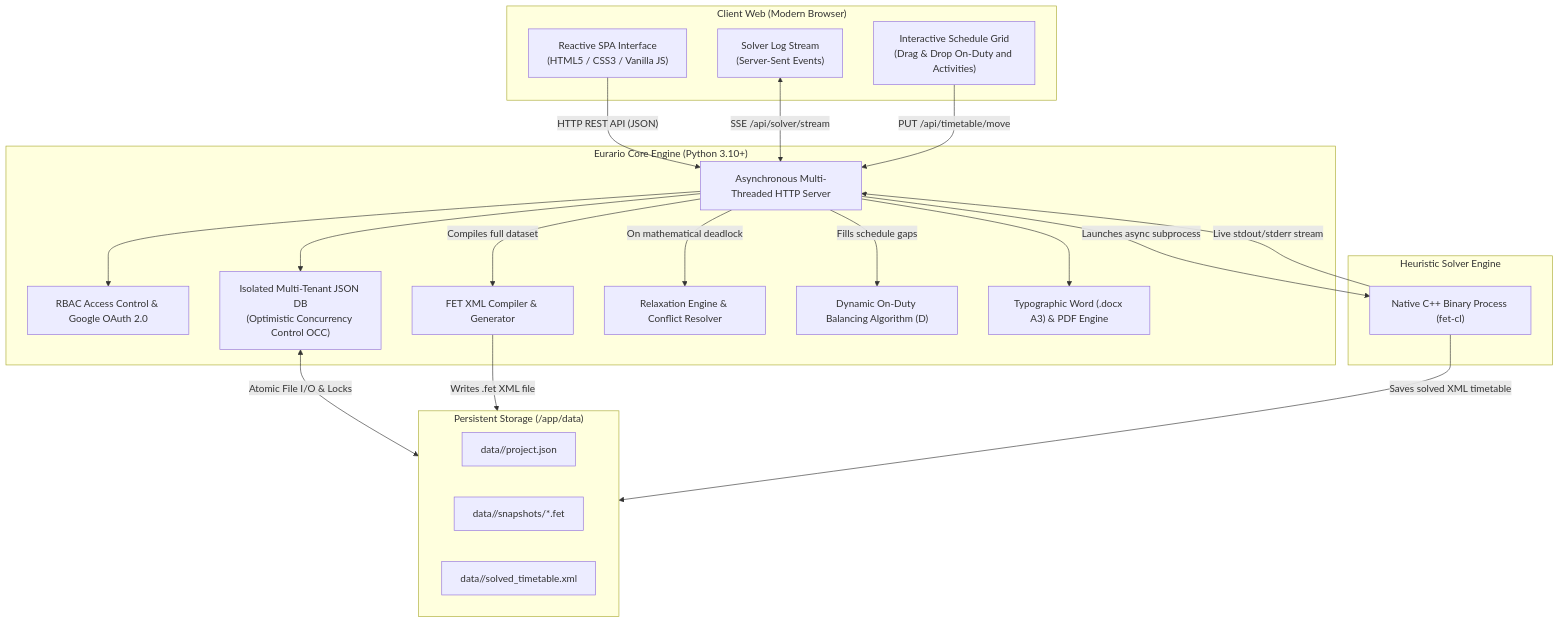
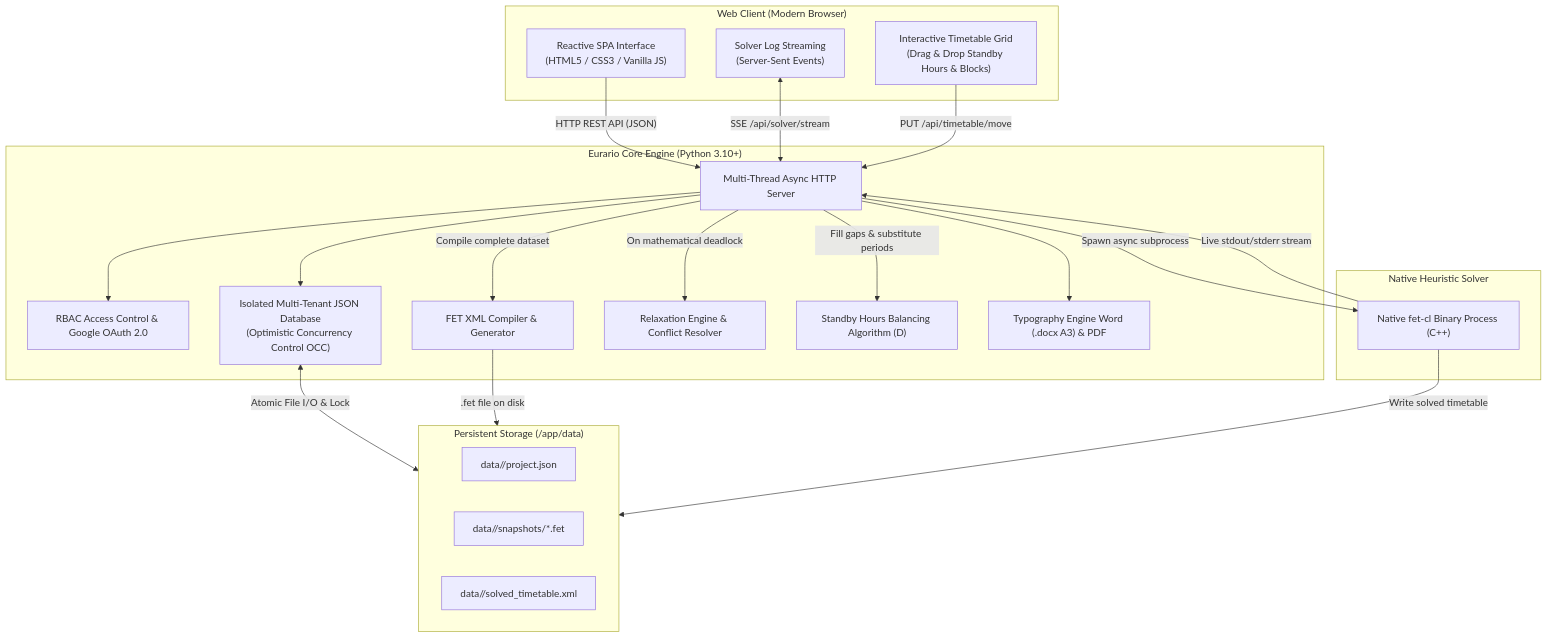
Before and after one commit to carlorigoni/eurario: the diagram in docs/en/index.md, drawn with Mermaid. The commit also changed other lines of this file and 13 other files, not shown here.

````diff
--- a/docs/en/index.md
+++ b/docs/en/index.md
@@ -49,43 +54,43 @@
 ```mermaid
 graph TB
-    subgraph Frontend["Client Web (Modern Browser)"]
+    subgraph Frontend["Web Client (Modern Browser)"]
         UI["Reactive SPA Interface\n(HTML5 / CSS3 / Vanilla JS)"]
-        LiveSSE["Solver Log Stream\n(Server-Sent Events)"]
-        DnD["Interactive Schedule Grid\n(Drag & Drop On-Duty and Activities)"]
+        LiveSSE["Solver Log Streaming\n(Server-Sent Events)"]
+        DnD["Interactive Timetable Grid\n(Drag & Drop Standby Hours & Blocks)"]
     end
 
     subgraph Backend["Eurario Core Engine (Python 3.10+)"]
-        Server["Asynchronous Multi-Threaded HTTP Server"]
+        Server["Multi-Thread Async HTTP Server"]
         Auth["RBAC Access Control & Google OAuth 2.0"]
-        DB["Isolated Multi-Tenant JSON DB\n(Optimistic Concurrency Control OCC)"]
+        DB["Isolated Multi-Tenant JSON Database\n(Optimistic Concurrency Control OCC)"]
         FETGen["FET XML Compiler & Generator"]
         Diag["Relaxation Engine & Conflict Resolver"]
-        DispAlgo["Dynamic On-Duty Balancing Algorithm (D)"]
-        PrintEng["Typographic Word (.docx A3) & PDF Engine"]
+        DispAlgo["Standby Hours Balancing Algorithm (D)"]
+        PrintEng["Typography Engine Word (.docx A3) & PDF"]
     end
 
-    subgraph NativeCore["Heuristic Solver Engine"]
-        FETCL["Native C++ Binary Process (fet-cl)"]
+    subgraph NativeCore["Native Heuristic Solver"]
+        FETCL["Native fet-cl Binary Process (C++)"]
     end
 
     subgraph Storage["Persistent Storage (/app/data)"]
         VolData["data/<school_id>/project.json"]
         VolSnap["data/<school_id>/snapshots/*.fet"]
         VolSolv["data/<school_id>/solved_timetable.xml"]
     end
 
     UI -->|"HTTP REST API (JSON)"| Server
     LiveSSE <-->|"SSE /api/solver/stream"| Server
     DnD -->|"PUT /api/timetable/move"| Server
     Server --> Auth
     Server --> DB
     Server --> PrintEng
-    DB <-->|"Atomic File I/O & Locks"| Storage
-    Server -->|"Compiles full dataset"| FETGen
-    FETGen -->|"Writes .fet XML file"| Storage
-    Server -->|"Launches async subprocess"| FETCL
+    DB <-->|"Atomic File I/O & Lock"| Storage
+    Server -->|"Compile complete dataset"| FETGen
+    FETGen -->|".fet file on disk"| Storage
+    Server -->|"Spawn async subprocess"| FETCL
     FETCL -->|"Live stdout/stderr stream"| Server
-    FETCL -->|"Saves solved XML timetable"| Storage
+    FETCL -->|"Write solved timetable"| Storage
     Server -->|"On mathematical deadlock"| Diag
-    Server -->|"Fills schedule gaps"| DispAlgo
+    Server -->|"Fill gaps & substitute periods"| DispAlgo
 ```
````
